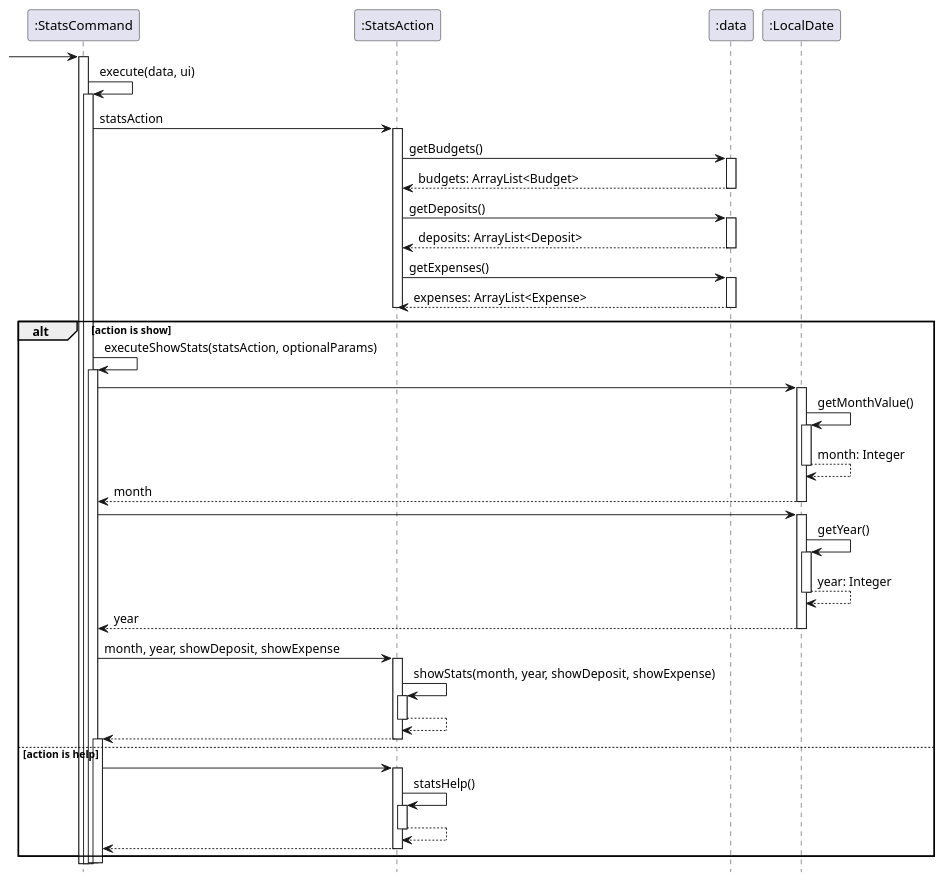
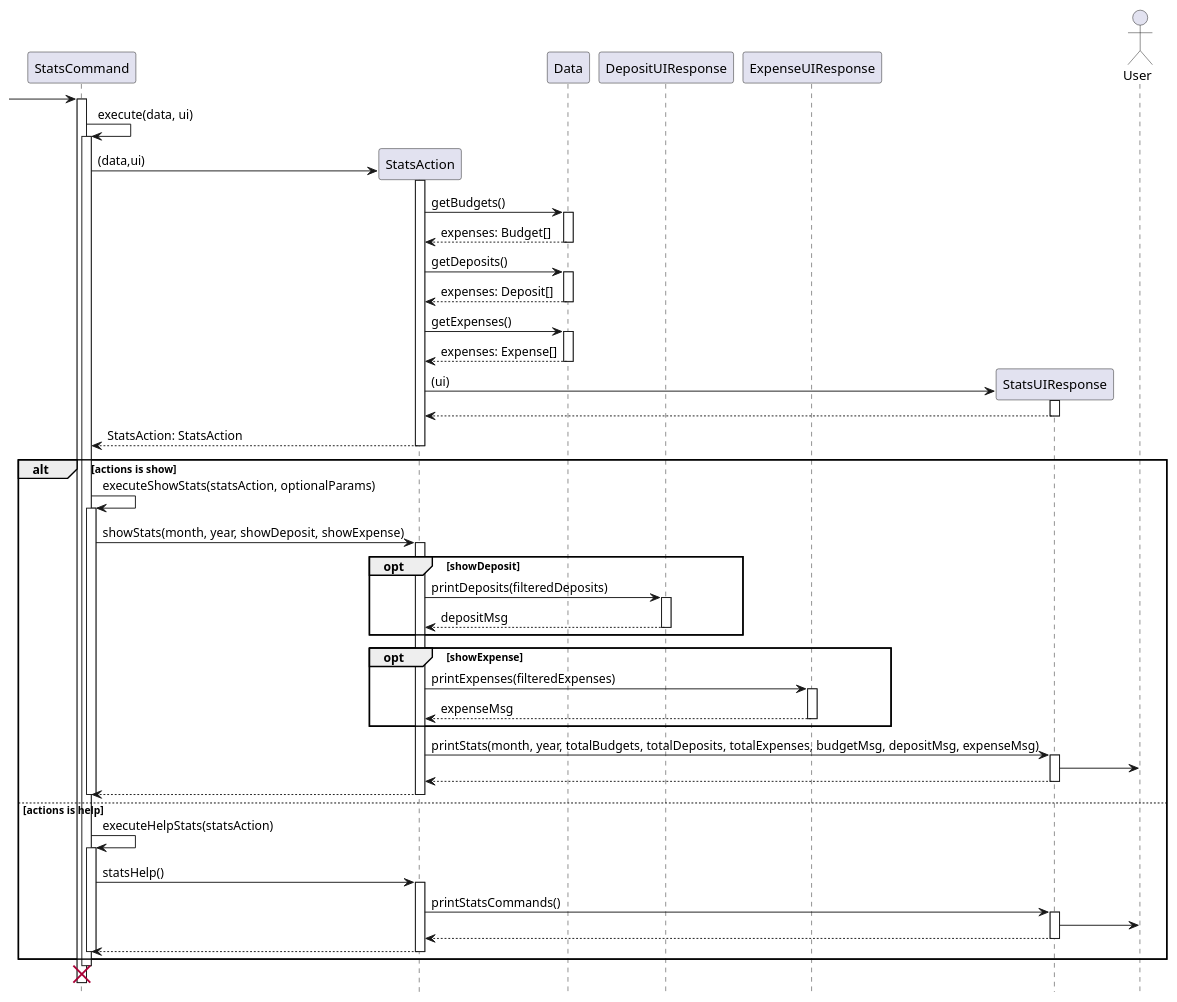
Before and after one commit to stephenkyang/tp: the diagram in docs/diagrams/StatsCommandSequence.puml, drawn with PlantUML. The commit also changed 11 other files, not shown here.

Commit message:
Update Sequence Diagrams and align coding conventions

```diff
--- a/docs/diagrams/StatsCommandSequence.puml
+++ b/docs/diagrams/StatsCommandSequence.puml
@@ -1,76 +1,85 @@
 @startuml
 
 hide footbox
 
- -> ":StatsCommand":
+participant StatsCommand
+participant StatsAction
+participant Data
+participant DepositUIResponse
+participant ExpenseUIResponse
+participant StatsUIResponse
+actor User
 
-activate ":StatsCommand"
-":StatsCommand" -> ":StatsCommand": execute(data, ui)
-activate  ":StatsCommand"
-":StatsCommand" -> ":StatsAction" :statsAction
-activate ":StatsAction"
+ -> "StatsCommand":
 
-":StatsAction" -> ":data" :getBudgets()
-activate ":data"
-return budgets: ArrayList<Budget>
-deactivate ":data"
-":StatsAction" -> ":data" :getDeposits()
-activate ":data"
-return deposits: ArrayList<Deposit>
-deactivate ":data"
-":StatsAction" -> ":data" :getExpenses()
-activate ":data"
-return expenses: ArrayList<Expense>
-deactivate ":data"
+activate "StatsCommand"
+"StatsCommand" -> "StatsCommand": execute(data, ui)
+activate  "StatsCommand"
+deactivate "Data"
+
+"StatsCommand" -> "StatsAction" ** : (data,ui)
+activate "StatsAction"
+
+"StatsAction" -> "Data": getBudgets()
+activate "Data"
+return expenses: Budget[]
+"StatsAction" -> "Data": getDeposits()
+activate "Data"
+return expenses: Deposit[]
+"StatsAction" -> "Data": getExpenses()
+activate "Data"
+return expenses: Expense[]
+
+"StatsAction" -> "StatsUIResponse" ** : (ui)
+activate "StatsUIResponse"
+"StatsUIResponse" --> "StatsAction"
+deactivate "StatsUIResponse"
+
+return StatsAction: StatsAction
+deactivate "StatsAction"
 
 
-deactivate ":StatsAction"
+alt actions is show
+"StatsCommand" -> "StatsCommand": executeShowStats(statsAction, optionalParams)
+activate "StatsCommand"
+"StatsCommand" -> "StatsAction" : showStats(month, year, showDeposit, showExpense)
+activate "StatsAction"
 
+opt showDeposit
+"StatsAction" -> "DepositUIResponse": printDeposits(filteredDeposits)
+activate "DepositUIResponse"
+return depositMsg
+end
 
+opt showExpense
+"StatsAction" -> "ExpenseUIResponse": printExpenses(filteredExpenses)
+activate "ExpenseUIResponse"
+return expenseMsg
+end
 
-alt action is show
-":StatsCommand" -> ":StatsCommand" :executeShowStats(statsAction, optionalParams)
-activate ":StatsCommand"
-
-
-":StatsCommand" -> ":LocalDate":
-activate ":LocalDate"
-":LocalDate" -> ":LocalDate": getMonthValue()
-activate ":LocalDate"
-return month: Integer
-return month
-
-
-":StatsCommand" -> ":LocalDate":
-activate ":LocalDate"
-":LocalDate" -> ":LocalDate": getYear()
-activate ":LocalDate"
-return year: Integer
-return year
-
-":StatsCommand" -> ":StatsAction" :month, year, showDeposit, showExpense
-activate ":StatsAction"
-":StatsAction" -> ":StatsAction" :showStats(month, year, showDeposit, showExpense)
-activate ":StatsAction"
+"StatsAction" -> "StatsUIResponse" : printStats(month, year, totalBudgets, totalDeposits, totalExpenses, budgetMsg, depositMsg, expenseMsg)
+activate "StatsUIResponse"
+"StatsUIResponse" -> User
 return
 return
 
-else action is help
-activate ":StatsCommand"
-":StatsCommand" -> ":StatsAction"
-activate ":StatsAction"
-":StatsAction" -> ":StatsAction" : statsHelp()
-activate ":StatsAction"
+deactivate "StatsCommand"
+
+else actions is help
+"StatsCommand" -> "StatsCommand": executeHelpStats(statsAction)
+activate "StatsCommand"
+"StatsCommand" -> "StatsAction" : statsHelp()
+activate "StatsAction"
+"StatsAction" -> "StatsUIResponse" : printStatsCommands()
+activate "StatsUIResponse"
+"StatsUIResponse" -> User
 return
 return
 
+deactivate "StatsCommand"
 end
 
-
-deactivate ":StatsCommand"
-deactivate ":StatsCommand"
-
-
-
+destroy "StatsCommand"
+deactivate "StatsCommand"
 
 @enduml
```
